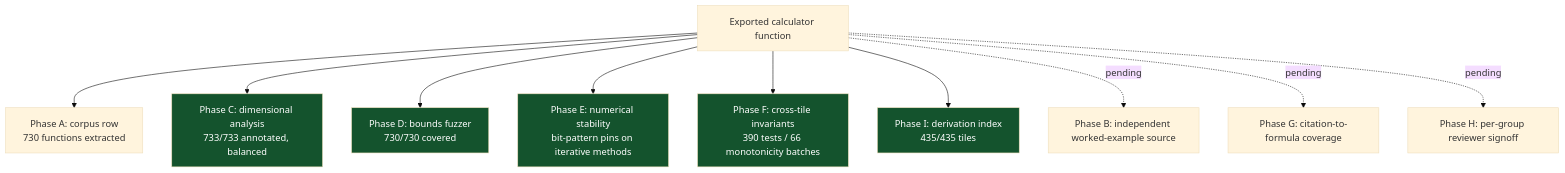
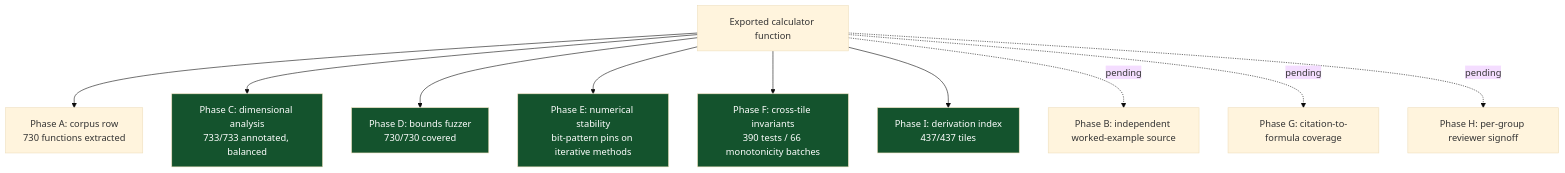
One commit to clay-good/roughlogic.com changed the fourth of 5 diagrams in README.md. Above: the diagram before and after it, drawn with Mermaid (base theme). The commit also changed other lines of this file and 18 other files, not shown here.

````diff
--- a/README.md
+++ b/README.md
@@ -212,17 +212,17 @@
 ```mermaid
 flowchart TB
     F[Exported calculator function] --> A[Phase A: corpus row\n730 functions extracted]
     F --> C[Phase C: dimensional analysis\n733/733 annotated, balanced]
     F --> D[Phase D: bounds fuzzer\n730/730 covered]
     F --> E[Phase E: numerical stability\nbit-pattern pins on iterative methods]
     F --> Fa[Phase F: cross-tile invariants\n390 tests / 66 monotonicity batches]
-    F --> I[Phase I: derivation index\n435/435 tiles]
+    F --> I[Phase I: derivation index\n437/437 tiles]
     F -.pending.-> B[Phase B: independent worked-example source]
     F -.pending.-> G[Phase G: citation-to-formula coverage]
     F -.pending.-> H[Phase H: per-group reviewer signoff]
     style C fill:#14532d,color:#fff
     style D fill:#14532d,color:#fff
     style E fill:#14532d,color:#fff
     style Fa fill:#14532d,color:#fff
     style I fill:#14532d,color:#fff
 ```
````
